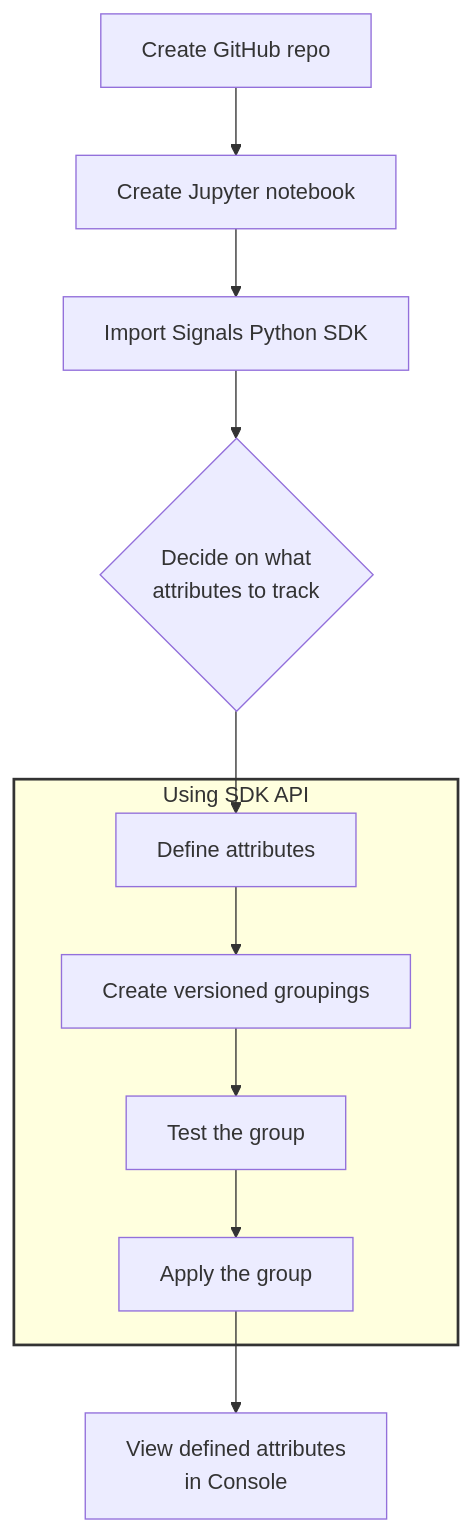
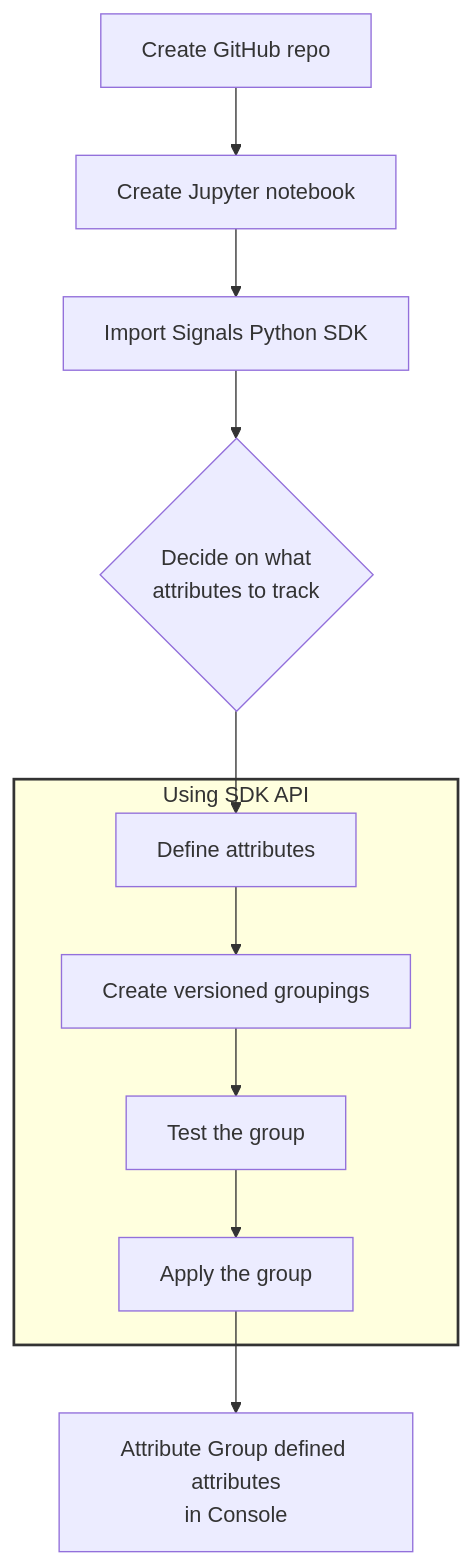
Before and after one commit to snowplow/documentation: the first of 3 diagrams in docs/signals/index.md, drawn with Mermaid. The commit also changed 19 other files, not shown here.

````diff
--- a/docs/signals/index.md
+++ b/docs/signals/index.md
@@ -71,18 +71,18 @@
 ```mermaid
 flowchart TD
     A[Create GitHub repo] --> B[Create Jupyter notebook]
     B --> C[Import Signals Python SDK]
     C --> D{Decide on what<br/>attributes to track}
 
     D --> E[Define attributes]
 
     subgraph SDK[Using SDK API]
         E --> F[Create versioned groupings]
         F --> G[Test the group]
         G --> H[Apply the group]
     end
 
-    H --> I[View defined attributes<br/>in Console]
+    H --> I[Attribute Group defined attributes<br/>in Console]
 
     style SDK stroke:#333,stroke-width:2px
 ```
````
